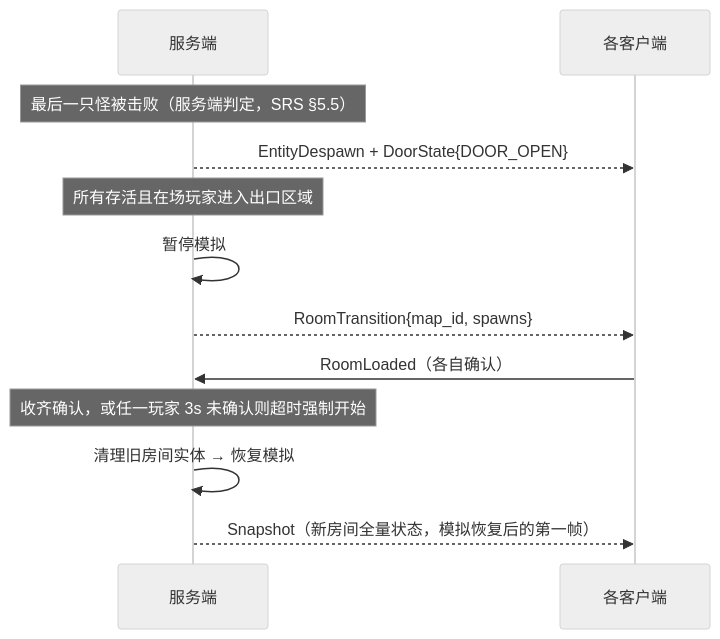
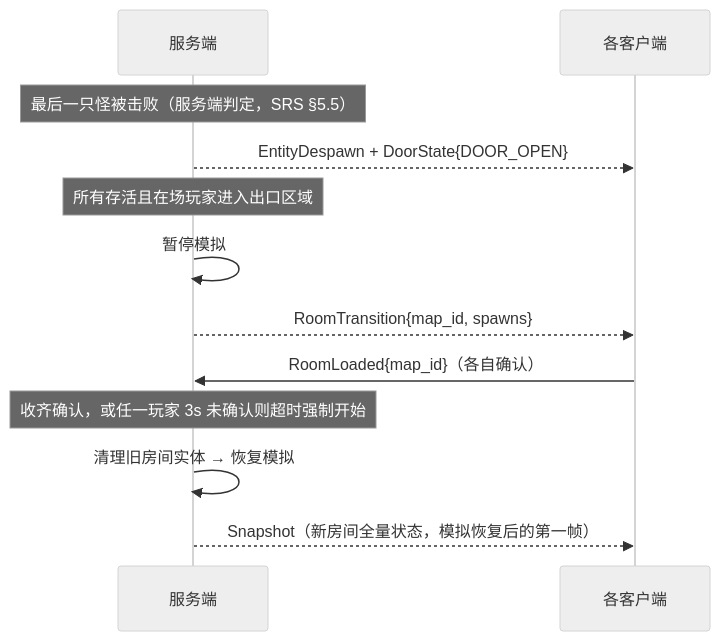
One commit to SepComet/Knight changed the third of 3 diagrams in Docs/protocol.md. Above: the diagram before and after it, drawn with Mermaid (neutral theme). The commit also changed other lines of this file and 5 other files, not shown here.

````diff
--- a/Docs/protocol.md
+++ b/Docs/protocol.md
@@ -228,14 +228,14 @@
 ```mermaid
 sequenceDiagram
     participant S as 服务端
     participant C as 各客户端
     Note over S: 最后一只怪被击败（服务端判定，SRS §5.5）
     S-->>C: EntityDespawn + DoorState{DOOR_OPEN}
     Note over S: 所有存活且在场玩家进入出口区域
     S->>S: 暂停模拟
     S-->>C: RoomTransition{map_id, spawns}
-    C->>S: RoomLoaded（各自确认）
+    C->>S: RoomLoaded{map_id}（各自确认）
     Note over S: 收齐确认，或任一玩家 3s 未确认则超时强制开始
     S->>S: 清理旧房间实体 → 恢复模拟
     S-->>C: Snapshot（新房间全量状态，模拟恢复后的第一帧）
 ```
````
